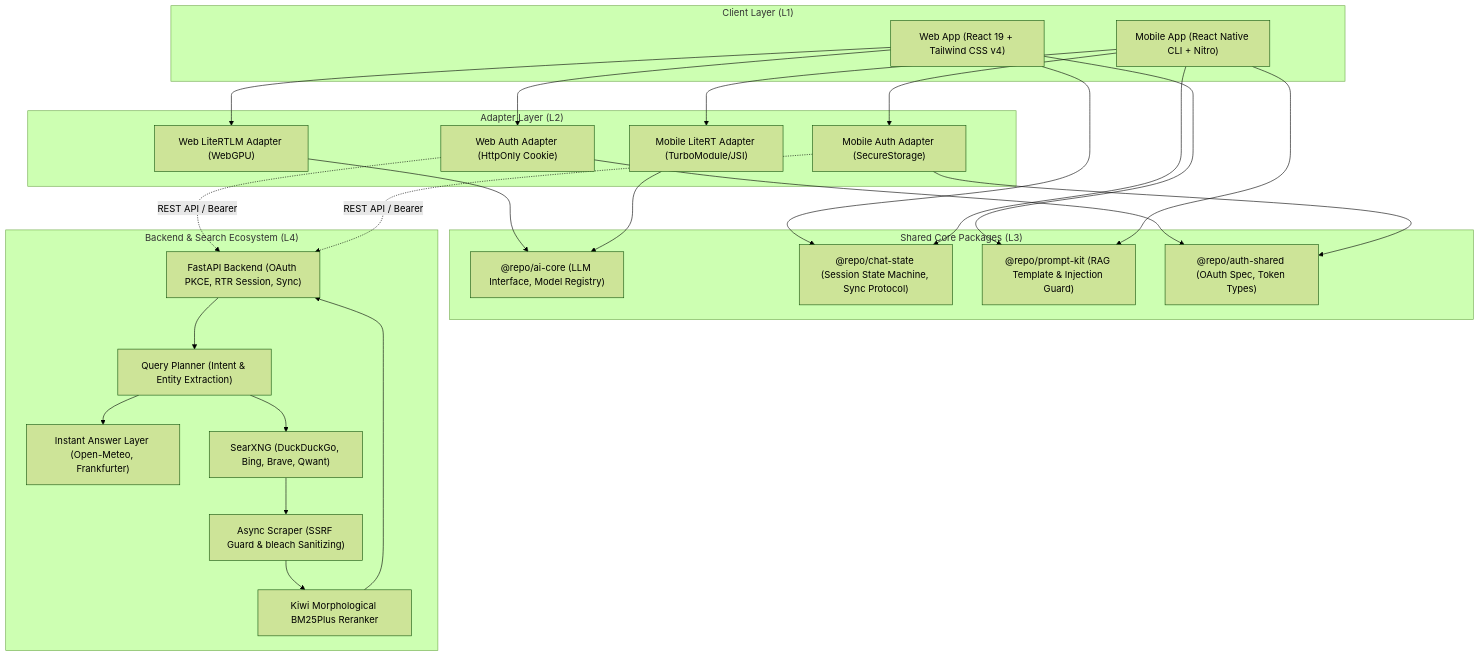
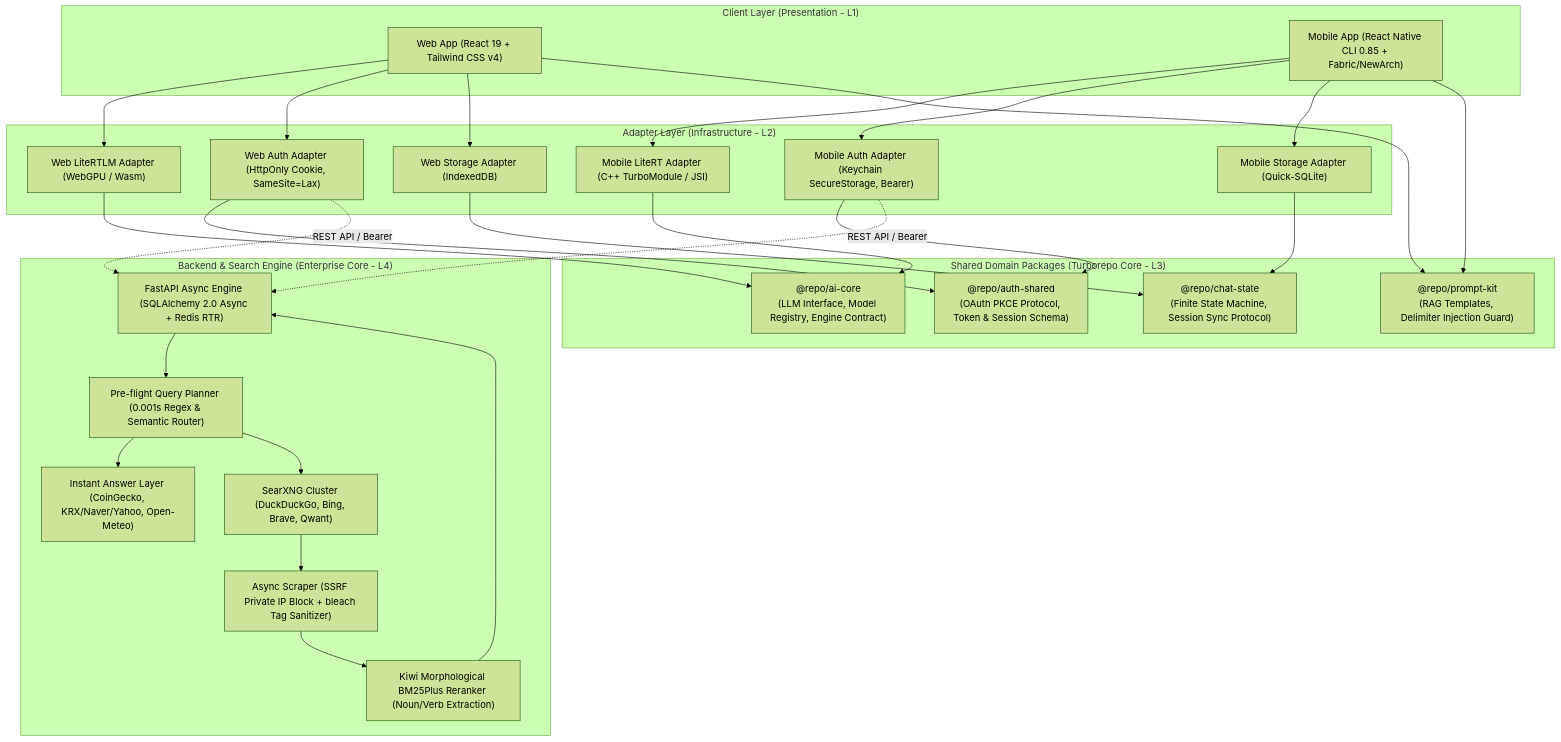
The first of 2 diagrams in README.md (ijs1103/gemma4-omni), drawn with Mermaid (forest theme) before and after one commit. The commit also changed other lines of this file and 1 other file, not shown here.

````diff
--- a/README.md
+++ b/README.md
@@ -48,42 +53,45 @@
 ```mermaid
 flowchart TD
-    subgraph Client_Layer ["Client Layer (L1)"]
+    subgraph Client_Layer ["Client Layer (Presentation - L1)"]
         WebUI["Web App (React 19 + Tailwind CSS v4)"]
-        MobileUI["Mobile App (React Native CLI + Nitro)"]
+        MobileUI["Mobile App (React Native CLI 0.85 + Fabric/NewArch)"]
     end
 
-    subgraph Adapter_Layer ["Adapter Layer (L2)"]
-        WebLLMAdapter["Web LiteRTLM Adapter (WebGPU)"]
-        MobileLLMAdapter["Mobile LiteRT Adapter (TurboModule/JSI)"]
-        WebAuthAdapter["Web Auth Adapter (HttpOnly Cookie)"]
-        MobileAuthAdapter["Mobile Auth Adapter (SecureStorage)"]
+    subgraph Adapter_Layer ["Adapter Layer (Infrastructure - L2)"]
+        WebLLMAdapter["Web LiteRTLM Adapter (WebGPU / Wasm)"]
+        MobileLLMAdapter["Mobile LiteRT Adapter (C++ TurboModule / JSI)"]
+        WebAuthAdapter["Web Auth Adapter (HttpOnly Cookie, SameSite=Lax)"]
+        MobileAuthAdapter["Mobile Auth Adapter (Keychain SecureStorage, Bearer)"]
+        WebStorageAdapter["Web Storage Adapter (IndexedDB)"]
+        MobileStorageAdapter["Mobile Storage Adapter (Quick-SQLite)"]
     end
 
-    subgraph Shared_Domain ["Shared Core Packages (L3)"]
-        AICore["@repo/ai-core (LLM Interface, Model Registry)"]
-        ChatState["@repo/chat-state (Session State Machine, Sync Protocol)"]
-        PromptKit["@repo/prompt-kit (RAG Template & Injection Guard)"]
-        AuthShared["@repo/auth-shared (OAuth Spec, Token Types)"]
+    subgraph Shared_Domain ["Shared Domain Packages (Turborepo Core - L3)"]
+        AICore["@repo/ai-core<br/>(LLM Interface, Model Registry, Engine Contract)"]
+        ChatState["@repo/chat-state<br/>(Finite State Machine, Session Sync Protocol)"]
+        PromptKit["@repo/prompt-kit<br/>(RAG Templates, Delimiter Injection Guard)"]
+        AuthShared["@repo/auth-shared<br/>(OAuth PKCE Protocol, Token & Session Schema)"]
     end
 
-    subgraph Backend_Layer ["Backend & Search Ecosystem (L4)"]
-        AuthServer["FastAPI Backend (OAuth PKCE, RTR Session, Sync)"]
-        QueryPlanner["Query Planner (Intent & Entity Extraction)"]
-        InstantAnswer["Instant Answer Layer (Open-Meteo, Frankfurter)"]
-        AsyncScraper["Async Scraper (SSRF Guard & bleach Sanitizing)"]
-        KiwiReranker["Kiwi Morphological BM25Plus Reranker"]
-        SearXNG["SearXNG (DuckDuckGo, Bing, Brave, Qwant)"]
+    subgraph Backend_Layer ["Backend & Search Engine (Enterprise Core - L4)"]
+        AuthServer["FastAPI Async Engine (SQLAlchemy 2.0 Async + Redis RTR)"]
+        QueryPlanner["Pre-flight Query Planner (0.001s Regex & Semantic Router)"]
+        InstantAnswer["Instant Answer Layer (CoinGecko, KRX/Naver/Yahoo, Open-Meteo)"]
+        AsyncScraper["Async Scraper (SSRF Private IP Block + bleach Tag Sanitizer)"]
+        KiwiReranker["Kiwi Morphological BM25Plus Reranker (Noun/Verb Extraction)"]
+        SearXNG["SearXNG Cluster (DuckDuckGo, Bing, Brave, Qwant)"]
     end
 
-    WebUI --> WebLLMAdapter & WebAuthAdapter
-    MobileUI --> MobileLLMAdapter & MobileAuthAdapter
-    
+    WebUI --> WebLLMAdapter & WebAuthAdapter & WebStorageAdapter
+    MobileUI --> MobileLLMAdapter & MobileAuthAdapter & MobileStorageAdapter
+
     WebLLMAdapter & MobileLLMAdapter --> AICore
     WebAuthAdapter & MobileAuthAdapter --> AuthShared
-    WebUI & MobileUI --> ChatState & PromptKit
+    WebStorageAdapter & MobileStorageAdapter --> ChatState
+    WebUI & MobileUI --> PromptKit
 
     WebAuthAdapter & MobileAuthAdapter -.->|REST API / Bearer| AuthServer
     AuthServer --> QueryPlanner
     QueryPlanner --> InstantAnswer & SearXNG
     SearXNG --> AsyncScraper --> KiwiReranker --> AuthServer
 ```
````
